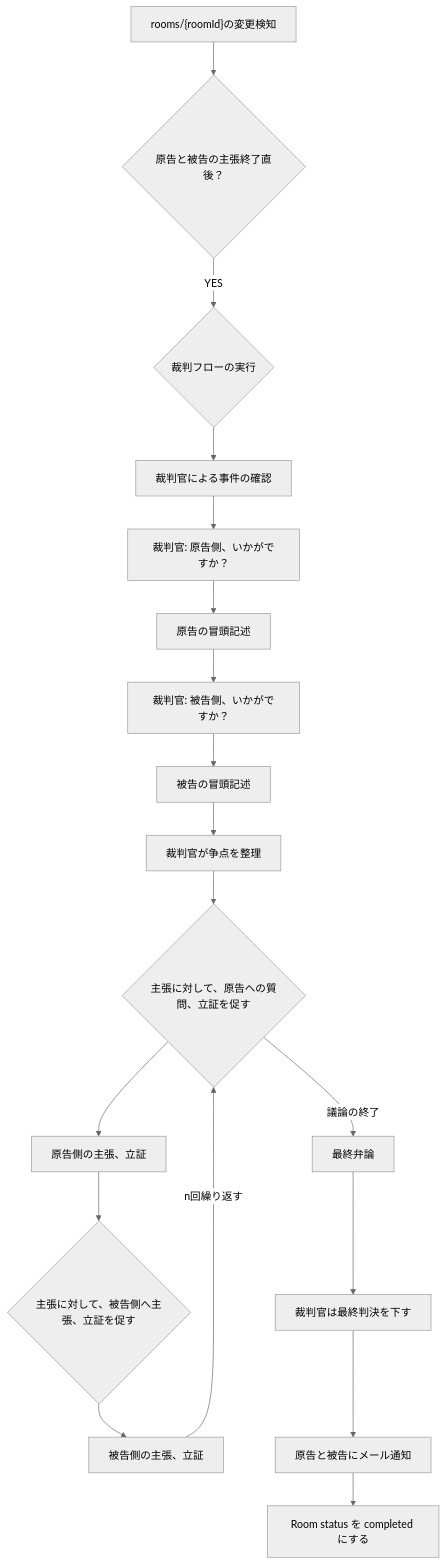
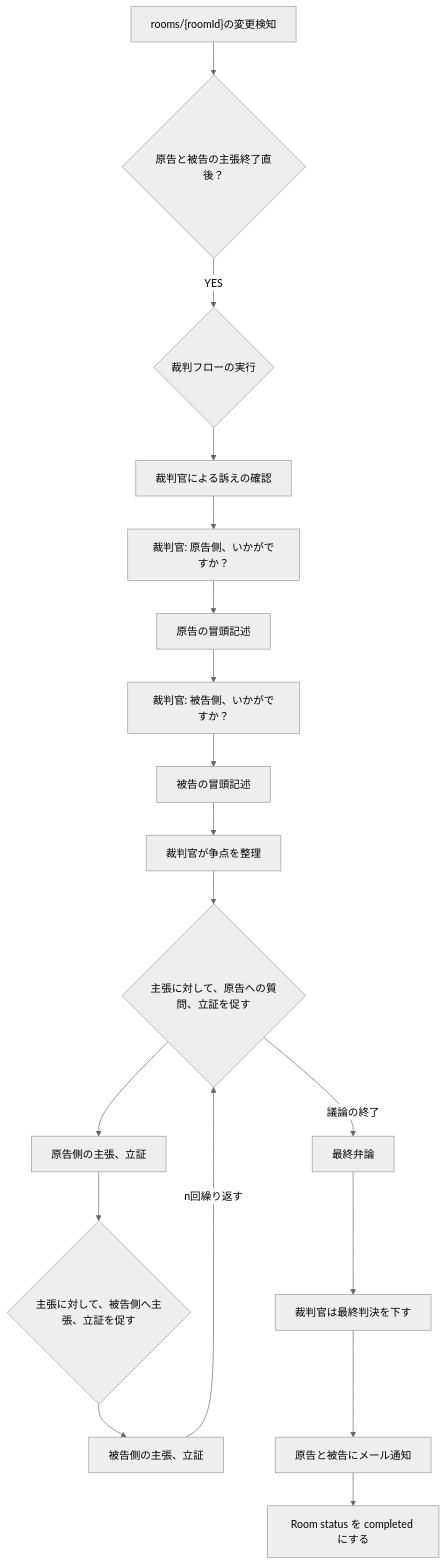
Before and after one commit to shunkat/court-ai: the diagram in functions/docs/flow-court-battle.md, drawn with Mermaid (neutral theme). The commit also changed 1 other file, not shown here.

Commit message:
docs: update court battle flow for clarity

````diff
--- a/functions/docs/flow-court-battle.md
+++ b/functions/docs/flow-court-battle.md
@@ -3,20 +3,20 @@
 ```mermaid
 graph TD
     A["rooms/{roomId}の変更検知"] --> B{原告と被告の主張終了直後？}
     B -- YES --> C{裁判フローの実行}
-    C --> D[裁判官による事件の確認]
+    C --> D[裁判官による訴えの確認]
     D --> E[裁判官: 原告側、いかがですか？]
     E --> F[原告の冒頭記述]
     F --> G[裁判官: 被告側、いかがですか？]
     G --> H[被告の冒頭記述]
     H --> I[裁判官が争点を整理]
     I --> J{主張に対して、原告への質問、立証を促す}
     J --> K[原告側の主張、立証]
     K --> L{主張に対して、被告側へ主張、立証を促す}
     L --> M[被告側の主張、立証]
     M --n回繰り返す--> J
     J --議論の終了--> N[最終弁論]
     N --> O[裁判官は最終判決を下す]
     O --> P[原告と被告にメール通知]
     P --> Q[Room status を completed にする]
 ```
````
